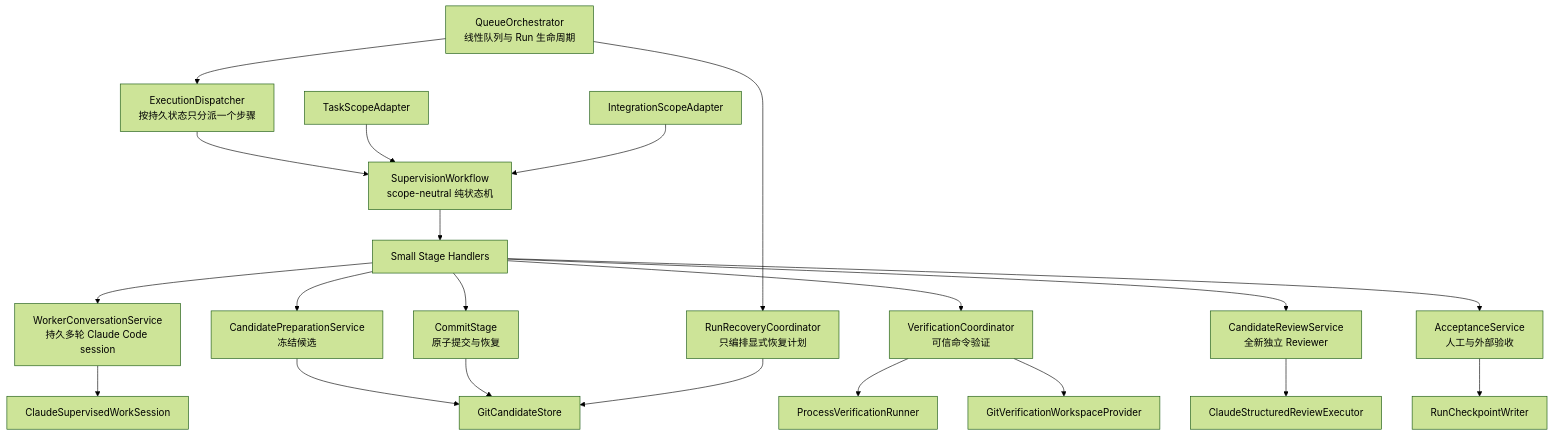
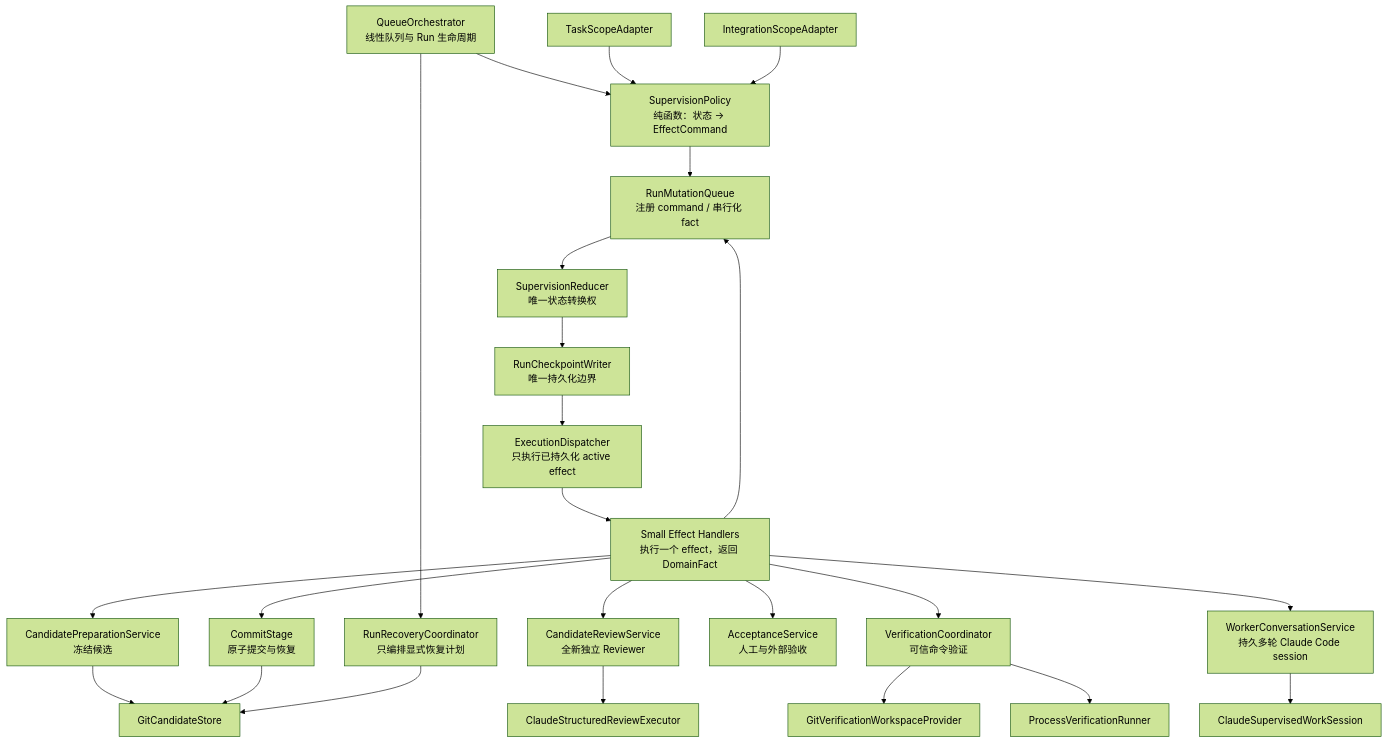
The diagram in claude-code/docs/SupervisedExecutionLoopSpec.md (Emperorywh/ai), drawn with Mermaid (forest theme) before and after one commit. The commit also changed other lines of this file and 1 other file, not shown here.

````diff
--- a/claude-code/docs/SupervisedExecutionLoopSpec.md
+++ b/claude-code/docs/SupervisedExecutionLoopSpec.md
@@ -159,23 +162,26 @@
 ```mermaid
 flowchart TD
-    Q["QueueOrchestrator<br/>线性队列与 Run 生命周期"] --> D["ExecutionDispatcher<br/>按持久状态只分派一个步骤"]
-    D --> S["SupervisionWorkflow<br/>scope-neutral 纯状态机"]
-    T["TaskScopeAdapter"] --> S
-    I["IntegrationScopeAdapter"] --> S
-    S --> H["Small Stage Handlers"]
+    Q["QueueOrchestrator<br/>线性队列与 Run 生命周期"] --> P["SupervisionPolicy<br/>纯函数：状态 → EffectCommand"]
+    T["TaskScopeAdapter"] --> P
+    I["IntegrationScopeAdapter"] --> P
+    P --> M["RunMutationQueue<br/>注册 command / 串行化 fact"]
+    M --> R0["SupervisionReducer<br/>唯一状态转换权"]
+    R0 --> CP["RunCheckpointWriter<br/>唯一持久化边界"]
+    CP --> D["ExecutionDispatcher<br/>只执行已持久化 active effect"]
+    D --> H["Small Effect Handlers<br/>执行一个 effect，返回 DomainFact"]
+    H --> M
     H --> W["WorkerConversationService<br/>持久多轮 Claude Code session"]
     H --> F["CandidatePreparationService<br/>冻结候选"]
     H --> V["VerificationCoordinator<br/>可信命令验证"]
     H --> R["CandidateReviewService<br/>全新独立 Reviewer"]
     H --> A["AcceptanceService<br/>人工与外部验收"]
     H --> C["CommitStage<br/>原子提交与恢复"]
     Q --> RC["RunRecoveryCoordinator<br/>只编排显式恢复计划"]
     W --> WS["ClaudeSupervisedWorkSession"]
     R --> RS["ClaudeStructuredReviewExecutor"]
     V --> VR["ProcessVerificationRunner"]
     V --> CW["GitVerificationWorkspaceProvider"]
     F --> G["GitCandidateStore"]
-    A --> CP["RunCheckpointWriter"]
     C --> G
     RC --> G
 ```
````
